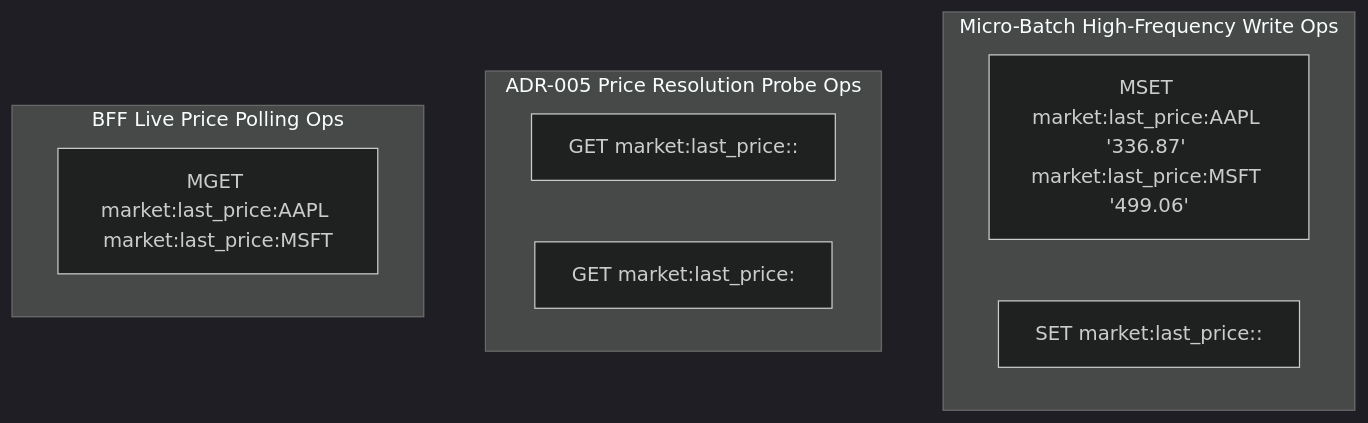
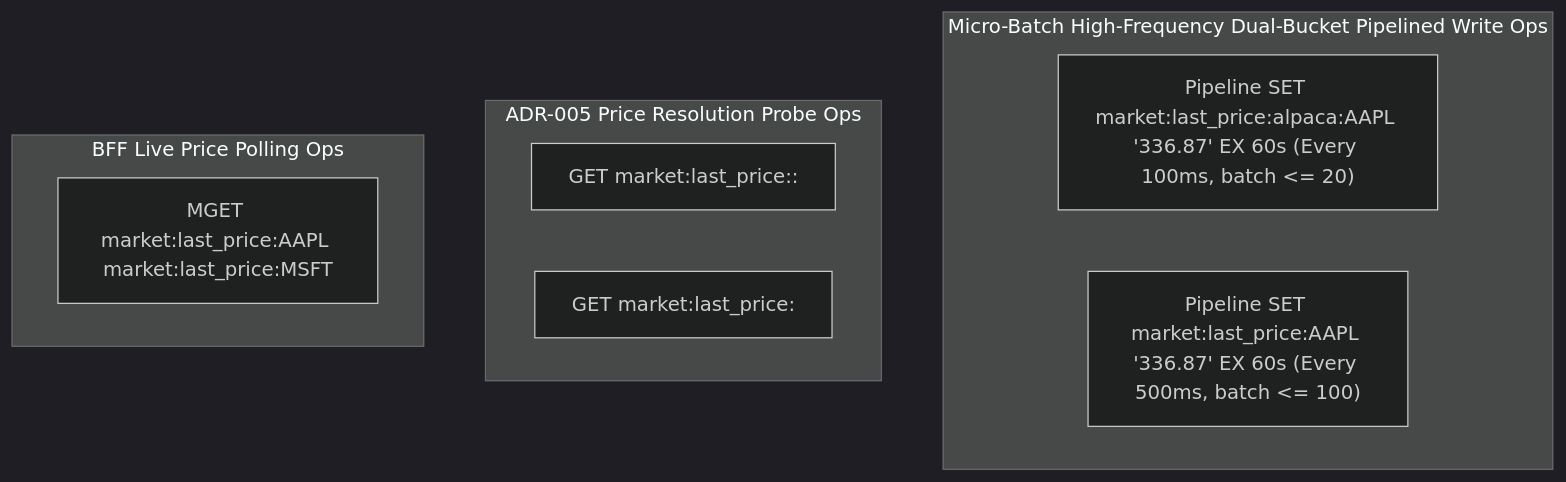
One commit to jeshupatelg/distributed-trading-system changed the diagram in design/redis-keys-flow/price-cache-service.md. Above: the diagram before and after it, drawn with Mermaid (dark theme). The commit also changed other lines of this file and 13 other files, not shown here.

Commit message:
feat(price-cache): add millisecond PX TTL, dual-bucket pipeline, fail-fast risk checks, and caller exception handling

````diff
--- a/design/redis-keys-flow/price-cache-service.md
+++ b/design/redis-keys-flow/price-cache-service.md
@@ -53,16 +74,16 @@
 ```mermaid
 graph TD
-    subgraph Micro-Batch High-Frequency Write Ops
-        W1["MSET market:last_price:AAPL '336.87' market:last_price:MSFT '499.06'"]
-        W2["SET market:last_price:<provider>:<symbol> price"]
+    subgraph Micro-Batch High-Frequency Dual-Bucket Pipelined Write Ops
+        W1["Pipeline SET market:last_price:alpaca:AAPL '336.87' EX 60s (Every 100ms, batch <= 20)"]
+        W2["Pipeline SET market:last_price:AAPL '336.87' EX 60s (Every 500ms, batch <= 100)"]
     end
 
     subgraph ADR-005 Price Resolution Probe Ops
         R1["GET market:last_price:<provider>:<symbol>"]
         R2["GET market:last_price:<symbol>"]
     end
 
     subgraph BFF Live Price Polling Ops
         P1["MGET market:last_price:AAPL market:last_price:MSFT"]
     end
 ```
````
